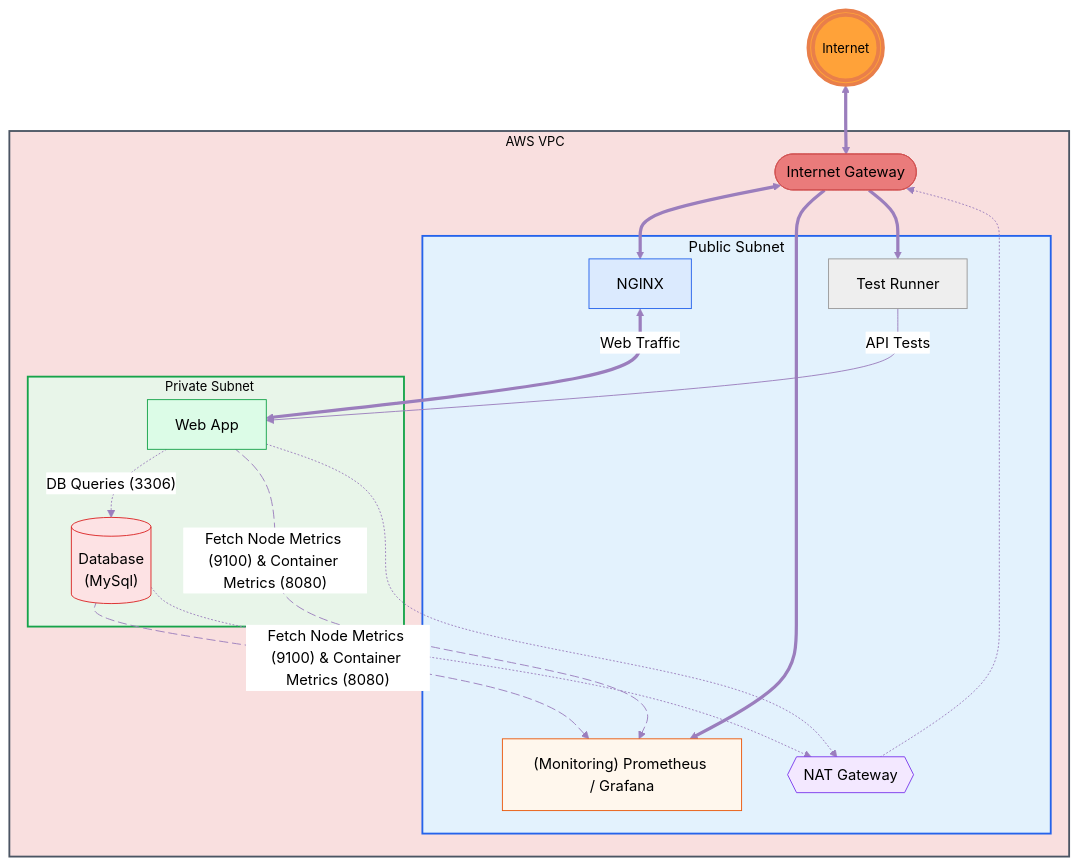
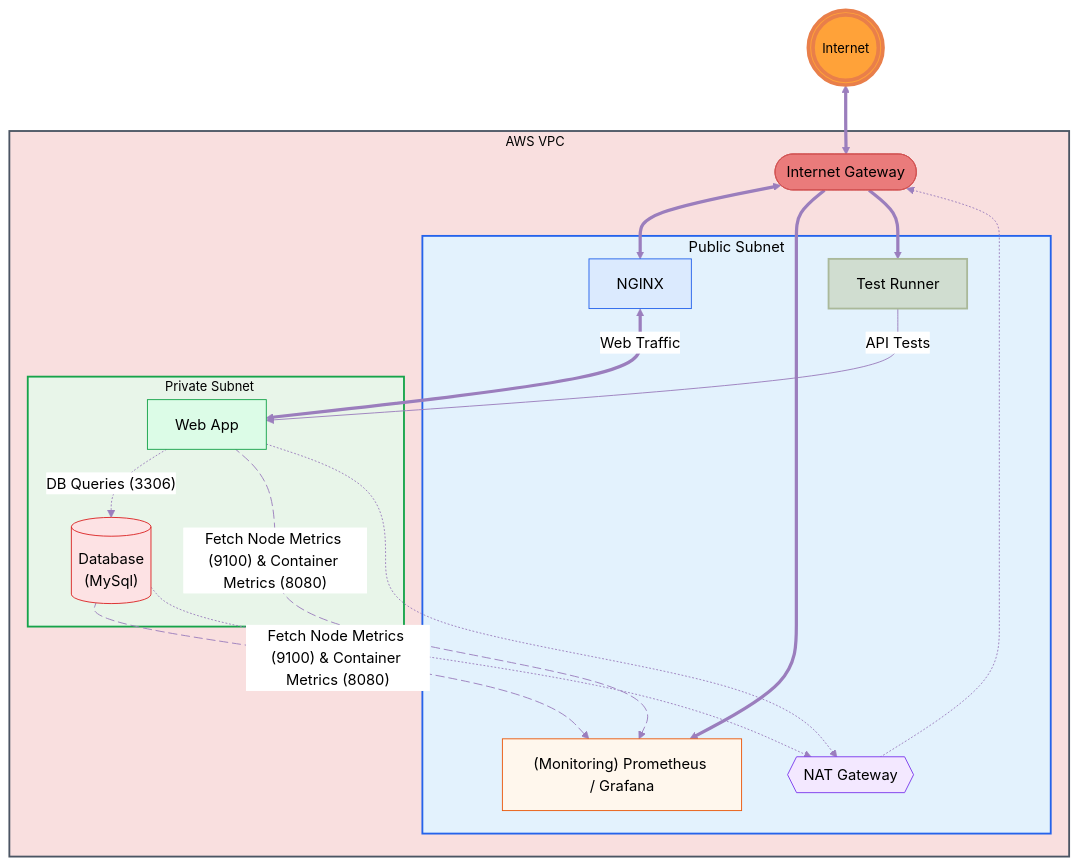
Before and after one commit to Jazzar101/learning-terraform-3087701: the diagram in README.md, drawn with Mermaid (neutral theme).

Commit message:
Styled new testing node

````diff
--- a/README.md
+++ b/README.md
@@ -6,62 +6,63 @@
 ```mermaid
 flowchart TB
     Internet(((Internet)))
     subgraph VPC[AWS VPC]
         IGW([Internet Gateway])
         subgraph PublicSubnet[Public Subnet]
             NAT{{NAT Gateway}}
             NGINX[NGINX]
             Monitoring["(Monitoring) Prometheus / Grafana"]
             Testing["Test Runner"]
         end
 
         subgraph PrivateSubnet[Private Subnet]
             App[Web App]
             DB[("Database\n(MySql)")]
         end
     end
 
     Internet <==> IGW
     IGW <==> NGINX
     NGINX <==>|Web Traffic| App
     App -.->|"DB Queries (3306)"| DB
     IGW ==> Monitoring
     IGW ==> Testing
 
     App metricsApp@-->|"Fetch Node Metrics (9100) & Container Metrics (8080)"| Monitoring
     DB metricsDB@-->|"Fetch Node Metrics (9100) & Container Metrics (8080)"| Monitoring
     Testing-->|"API Tests"| App
     
     App -.-> NAT
     DB -.-> NAT
     NAT -.-> IGW
     
     metricsApp@{ animation: slow }    
     metricsDB@{ animation: slow }
 
     %% Node-only styling (GitHub safe)
     classDef ingress fill:#dbeafe,stroke:#2563eb,color:#000000
     classDef monitoring fill:#fff7ed,stroke:#ea580c,color:#000000
     classDef nat fill:#f3e8ff,stroke:#7c3aed,color:#000000
     classDef app fill:#dcfce7,stroke:#16a34a,color:#000000
     classDef db fill:#fde2e4,stroke:#dc2626,color:#000000
     classDef igw fill:#EA7B7B,stroke:#D25353,color:#000000
     classDef PublicSubnet fill:#e3f2fd,stroke:#2563eb
     classDef PrivateSubnet fill:#e8f5e9,stroke:#16a34a    
     classDef VPC fill:#F9DFDF,stroke:#4b5563,stroke-width:2px,color:#000000
-    classDef Testing fill:#D0DDD0,stroke:#AAB99A, stroke-width:2px,color:#000000
+    classDef testing fill:#D0DDD0,stroke:#AAB99A, stroke-width:2px,color:#000000
 
     style VPC fill:#F9DFDF,stroke:#4b5563,stroke-width:2px,color:#000000,font-size:14px
     style PublicSubnet fill:#e3f2fd,stroke:#2563eb,stroke-width:2px,color:#000000,font-size:14x
     style PrivateSubnet fill:#e8f5e9,stroke:#16a34a,stroke-width:2px,color:#000000,font-size:14px
     style Internet fill:#FFA239,stroke:#E97F4A,stroke-width:4px,color:#000000,font-size:14px
 
     linkStyle default stroke:#9B7EBD
 
     class NGINX ingress
     class Monitoring monitoring
     class NAT nat
     class App app
     class DB db
     class IGW igw
+    class Testing testing
 ```
````
